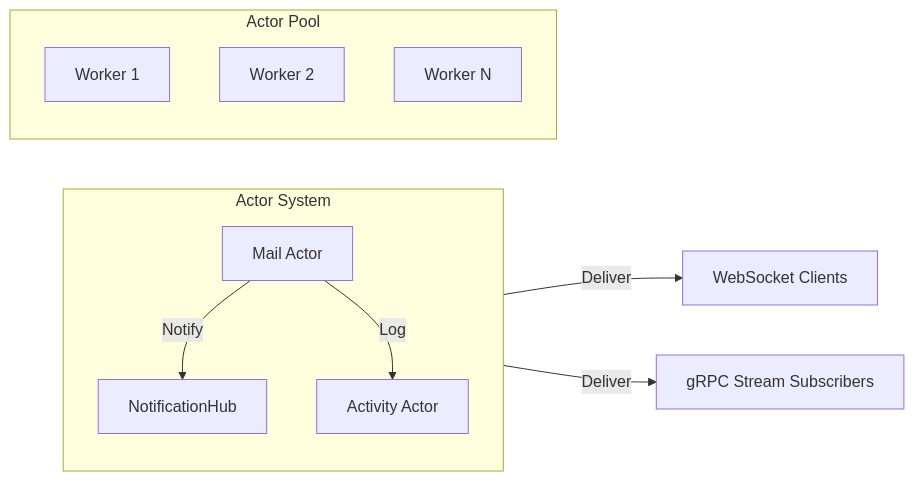
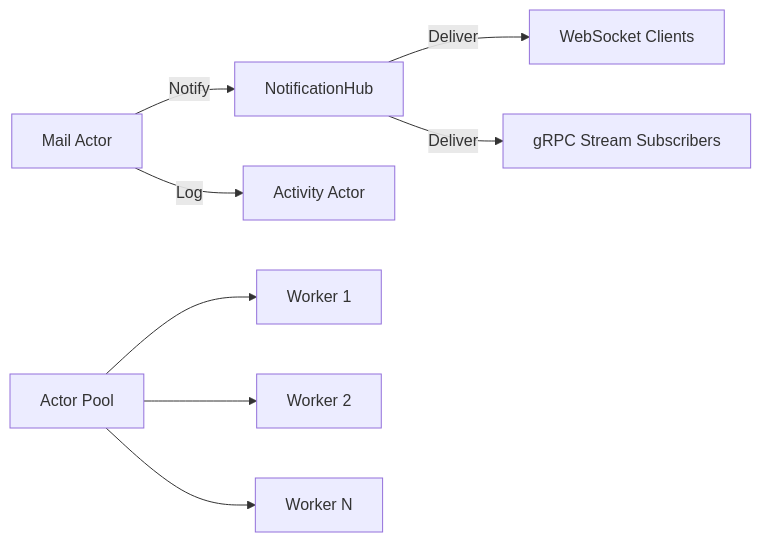
Before and after one commit to Roasbeef/substrate: the second of 3 diagrams in docs/architecture.md, drawn with Mermaid. The commit also changed other lines of this file, not shown here.

First line of the commit message:
docs: simplify mermaid diagrams for GitHub rendering

````diff
--- a/docs/architecture.md
+++ b/docs/architecture.md
@@ -88,20 +58,10 @@
 ```mermaid
 graph LR
-    subgraph "Actor System"
-        direction TB
-        MA[Mail Actor]
-        NH[NotificationHub]
-        AA[Activity Actor]
-    end
-
-    subgraph "Actor Pool"
-        P1[Worker 1]
-        P2[Worker 2]
-        P3[Worker N]
-    end
-
-    MA -->|Notify| NH
-    MA -->|Log| AA
+    MA[Mail Actor] -->|Notify| NH[NotificationHub]
+    MA -->|Log| AA[Activity Actor]
     NH -->|Deliver| WS[WebSocket Clients]
     NH -->|Deliver| SUB[gRPC Stream Subscribers]
+    Pool[Actor Pool] --> W1[Worker 1]
+    Pool --> W2[Worker 2]
+    Pool --> W3[Worker N]
 ```
````
